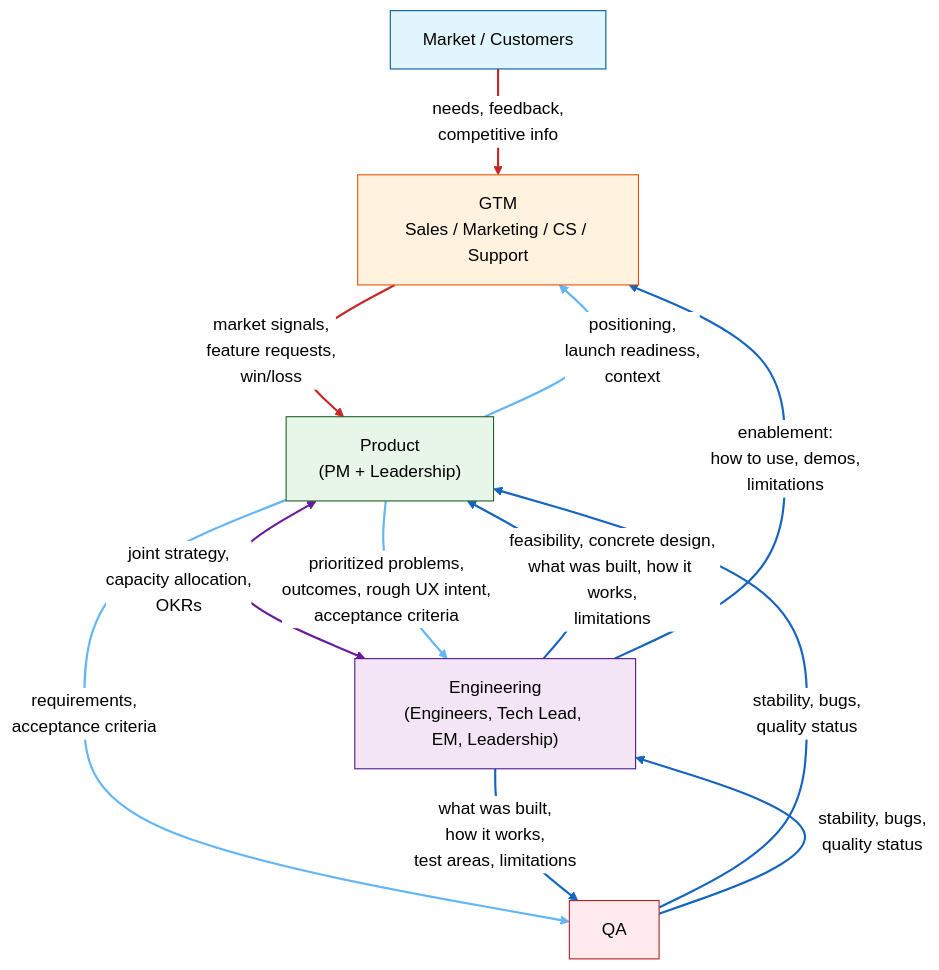
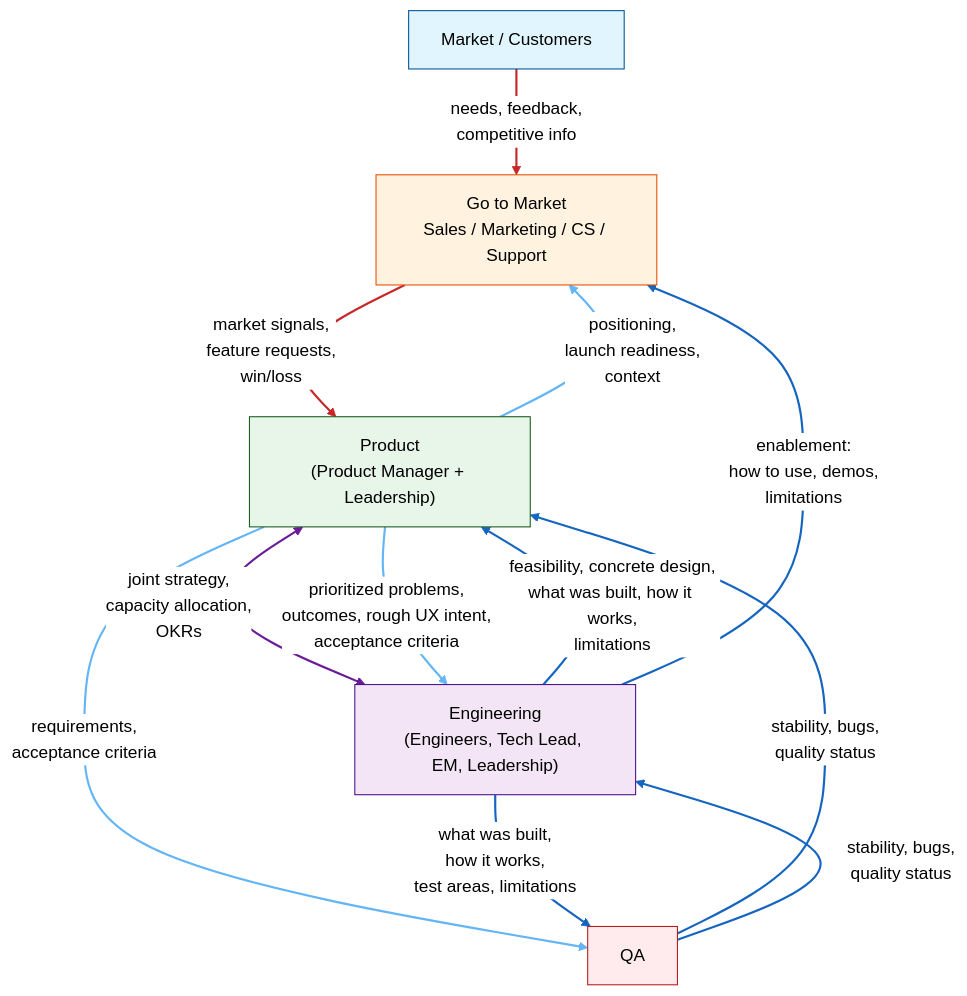
One commit to mingwai-tam/lead-manage-admin changed the diagram in docs/organization-info-flow.md. Above: the diagram before and after it, drawn with Mermaid (neutral theme). The commit also changed other lines of this file, not shown here.

Commit message:
Replace short names: GTM → Go to Market, PM → Product Manager

````diff
--- a/docs/organization-info-flow.md
+++ b/docs/organization-info-flow.md
@@ -63,54 +63,54 @@
 ```mermaid
 flowchart TD
     Market["Market / Customers"]
-    GTM["GTM\nSales / Marketing / CS / Support"]
-    Product["Product\n(PM + Leadership)"]
+    GoToMarket["Go to Market\nSales / Marketing / CS / Support"]
+    Product["Product\n(Product Manager + Leadership)"]
     Engineering["Engineering\n(Engineers, Tech Lead, EM, Leadership)"]
     QA["QA"]
 
-    Market -->|"needs, feedback,\ncompetitive info"| GTM
-    GTM -->|"market signals,\nfeature requests,\nwin/loss"| Product
+    Market -->|"needs, feedback,\ncompetitive info"| GoToMarket
+    GoToMarket -->|"market signals,\nfeature requests,\nwin/loss"| Product
 
     Product <-->|"joint strategy,\ncapacity allocation,\nOKRs"| Engineering
 
     Product -->|"prioritized problems,\noutcomes, rough UX intent,\nacceptance criteria"| Engineering
     Product -->|"requirements,\nacceptance criteria"| QA
 
     Engineering -->|"feasibility, concrete design,\nwhat was built, how it works,\nlimitations"| Product
     Engineering -->|"what was built,\nhow it works,\ntest areas, limitations"| QA
-    Engineering -->|"enablement:\nhow to use, demos,\nlimitations"| GTM
+    Engineering -->|"enablement:\nhow to use, demos,\nlimitations"| GoToMarket
 
     QA -->|"stability, bugs,\nquality status"| Product
     QA -->|"stability, bugs,\nquality status"| Engineering
 
-    Product -->|"positioning,\nlaunch readiness,\ncontext"| GTM
+    Product -->|"positioning,\nlaunch readiness,\ncontext"| GoToMarket
 
     %% Colors by information type
     %% 0-1: market into company
     linkStyle 0 stroke:#c62828,stroke-width:2px
     linkStyle 1 stroke:#c62828,stroke-width:2px
     %% 2: bidirectional strategy
     linkStyle 2 stroke:#6a1b9a,stroke-width:2px
     %% 3,4,10: soft info (light blue)
     linkStyle 3 stroke:#64b5f6,stroke-width:2px
     linkStyle 4 stroke:#64b5f6,stroke-width:2px
     linkStyle 10 stroke:#64b5f6,stroke-width:2px
     %% 5-9: hard info (blue)
     linkStyle 5 stroke:#1565c0,stroke-width:2px
     linkStyle 6 stroke:#1565c0,stroke-width:2px
     linkStyle 7 stroke:#1565c0,stroke-width:2px
     linkStyle 8 stroke:#1565c0,stroke-width:2px
     linkStyle 9 stroke:#1565c0,stroke-width:2px
 
     classDef external fill:#e1f5fe,stroke:#01579b
     classDef gtm fill:#fff3e0,stroke:#e65100
     classDef product fill:#e8f5e9,stroke:#1b5e20
     classDef eng fill:#f3e5f5,stroke:#4a148c
     classDef qa fill:#ffebee,stroke:#b71c1c
 
     class Market external
-    class GTM gtm
+    class GoToMarket gtm
     class Product product
     class Engineering eng
     class QA qa
 ```
````
